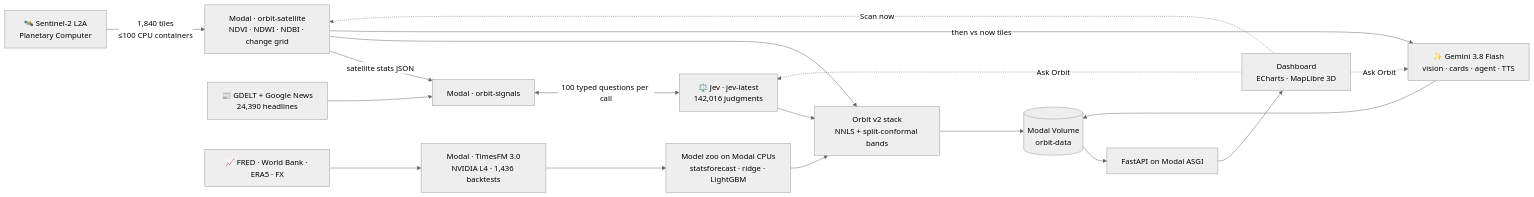
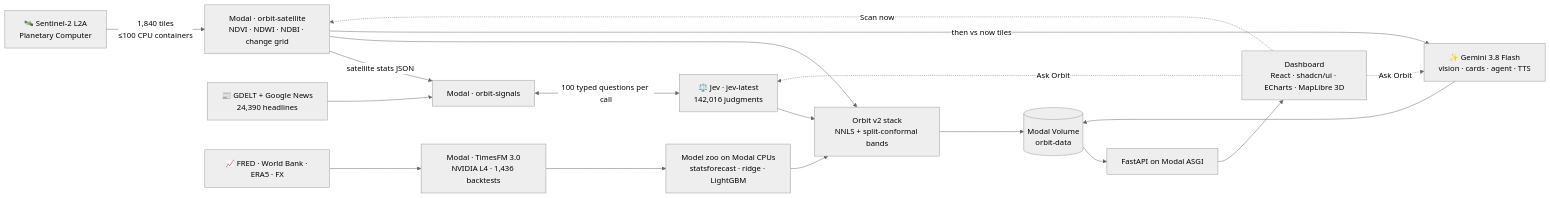
Before and after one commit to londrwus/techeu_agentichack: the diagram in README.md, drawn with Mermaid (neutral theme). The commit also changed other lines of this file and 104 other files, not shown here.

````diff
--- a/README.md
+++ b/README.md
@@ -27,19 +27,19 @@
 ```mermaid
 flowchart LR
   S2[🛰️ Sentinel-2 L2A<br/>Planetary Computer] -->|1,840 tiles<br/>≤100 CPU containers| MS[Modal · orbit-satellite<br/>NDVI · NDWI · NDBI · change grid]
   NEWS[📰 GDELT + Google News<br/>24,390 headlines] --> MJ[Modal · orbit-signals]
   MS -->|satellite stats JSON| MJ
   MJ <-->|100 typed questions per call| JEV[⚖️ Jev · jev-latest<br/>142,016 judgments]
   PX[📈 FRED · World Bank · ERA5 · FX] --> TFM[Modal · TimesFM 3.0<br/>NVIDIA L4 · 1,436 backtests]
   TFM --> ZOO[Model zoo on Modal CPUs<br/>statsforecast · ridge · LightGBM]
   ZOO --> V2[Orbit v2 stack<br/>NNLS + split-conformal bands]
   JEV --> V2
   MS --> V2
   MS -->|then vs now tiles| GEM[✨ Gemini 3.8 Flash<br/>vision · cards · agent · TTS]
   V2 --> VOL[(Modal Volume<br/>orbit-data)]
   GEM --> VOL
   VOL --> API[FastAPI on Modal ASGI]
-  API --> UI[Dashboard<br/>ECharts · MapLibre 3D]
+  API --> UI[Dashboard<br/>React · shadcn/ui · ECharts · MapLibre 3D]
   UI -. Scan now .-> MS
   UI -. Ask Orbit .-> JEV & GEM
 ```
````
